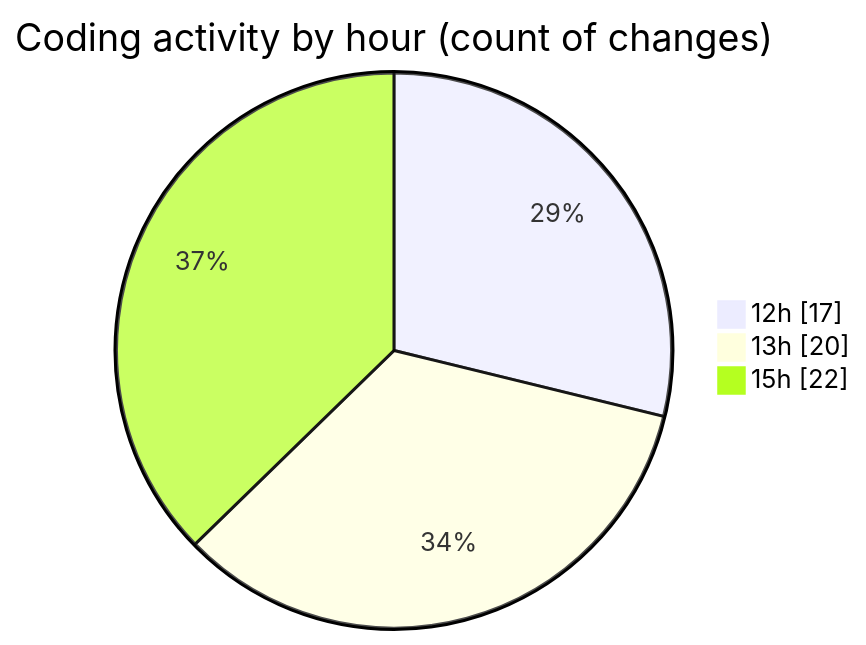
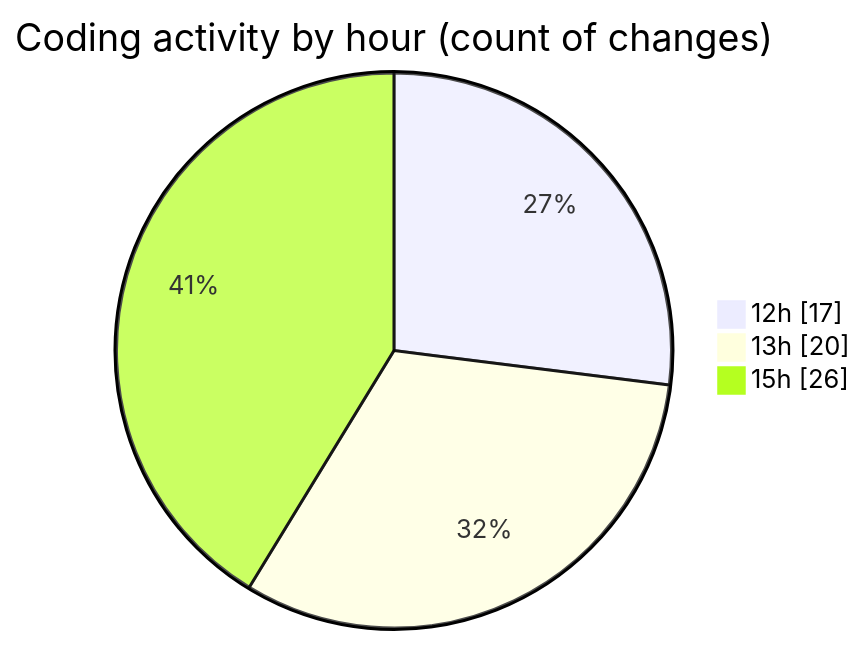
One commit to nxtqubesakshisongat/code-tracking changed the second of 2 diagrams in 2026-03-04/nxtqube_webapp/README.md. Above: the diagram before and after it, drawn with Mermaid. The commit also changed other lines of this file and 1 other file, not shown here.

````diff
--- a/2026-03-04/nxtqube_webapp/README.md
+++ b/2026-03-04/nxtqube_webapp/README.md
@@ -32,7 +32,7 @@
 ```mermaid
 pie showData
 title Coding activity by hour (count of changes)
 "12h" : 17
 "13h" : 20
-"15h" : 22
+"15h" : 26
 ```
````
